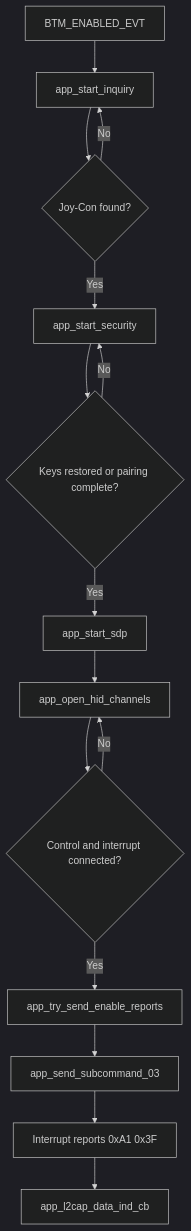
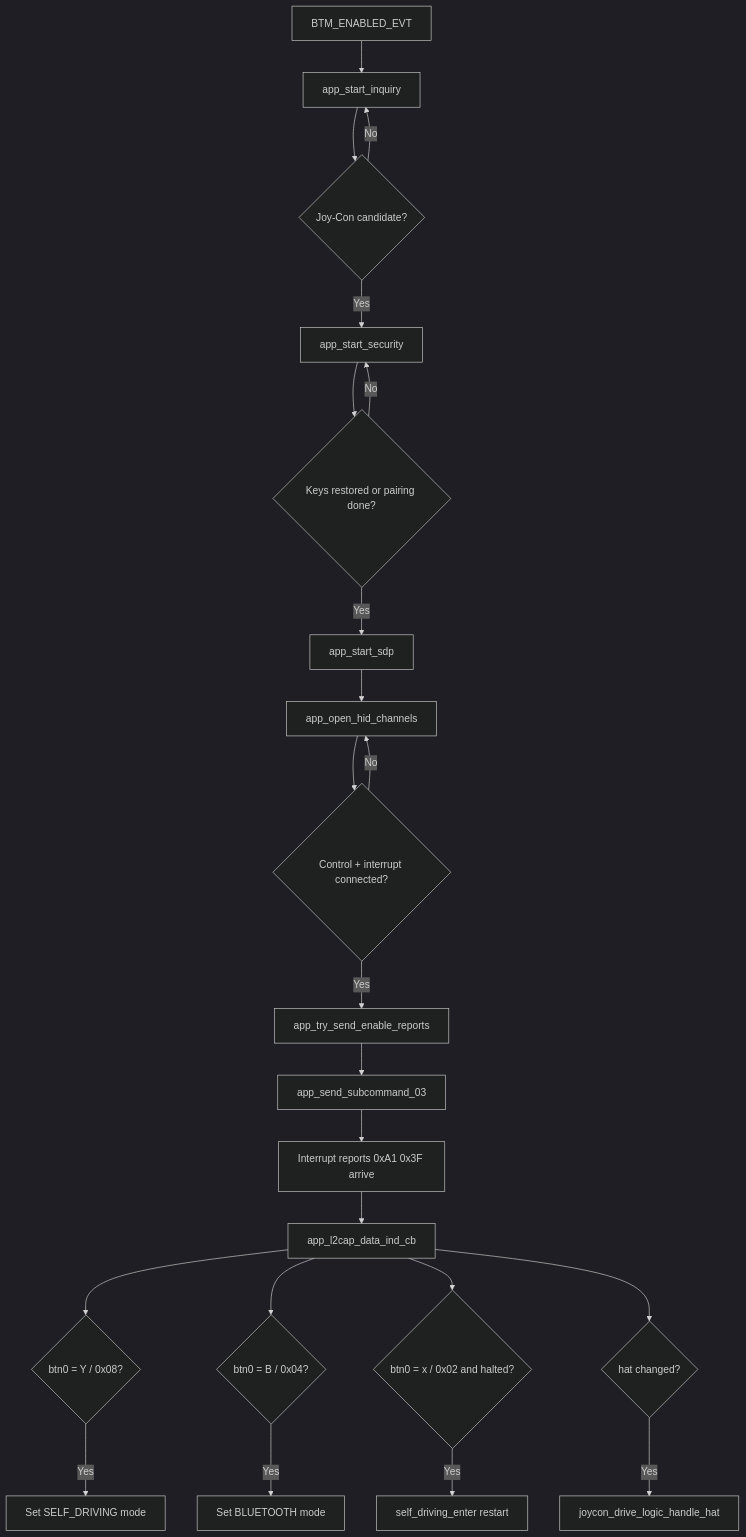
The diagram in docs/en/Bluetooth_protocol_en.md (Anish-Pun/2EAI-PEN-2526-AGV), drawn with Mermaid (dark theme) before and after one commit. The commit also changed other lines of this file and 4 other files, not shown here.

````diff
--- a/docs/en/Bluetooth_protocol_en.md
+++ b/docs/en/Bluetooth_protocol_en.md
@@ -37,17 +91,25 @@
 ```mermaid
 flowchart TD
     A[BTM_ENABLED_EVT] --> B[app_start_inquiry]
-    B --> C{Joy-Con found?}
+    B --> C{Joy-Con candidate?}
     C -- No --> B
     C -- Yes --> D[app_start_security]
-    D --> E{Keys restored or pairing complete?}
+    D --> E{Keys restored or pairing done?}
     E -- No --> D
     E -- Yes --> F[app_start_sdp]
     F --> G[app_open_hid_channels]
-    G --> H{Control and interrupt connected?}
+    G --> H{Control + interrupt connected?}
     H -- No --> G
     H -- Yes --> I[app_try_send_enable_reports]
     I --> J[app_send_subcommand_03]
-    J --> K[Interrupt reports 0xA1 0x3F]
+    J --> K[Interrupt reports 0xA1 0x3F arrive]
     K --> L[app_l2cap_data_ind_cb]
+    L --> M{btn0 = Y / 0x08?}
+    M -- Yes --> N[Set SELF_DRIVING mode]
+    L --> O{btn0 = B / 0x04?}
+    O -- Yes --> P[Set BLUETOOTH mode]
+    L --> Q{btn0 = x / 0x02 and halted?}
+    Q -- Yes --> R[self_driving_enter restart]
+    L --> S{hat changed?}
+    S -- Yes --> T[joycon_drive_logic_handle_hat]
 ```
````
